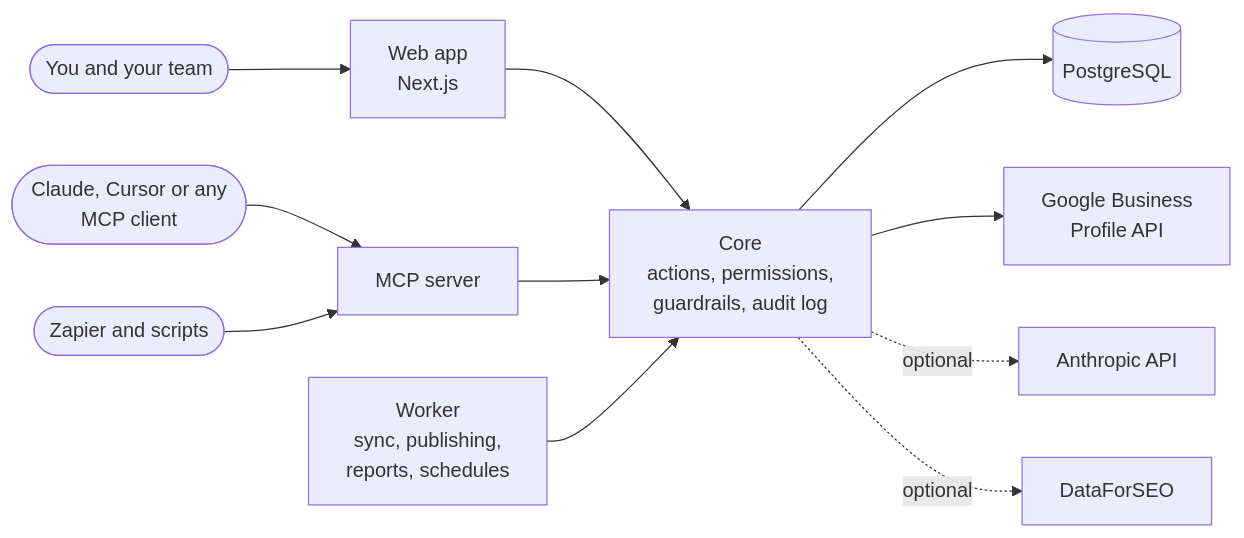
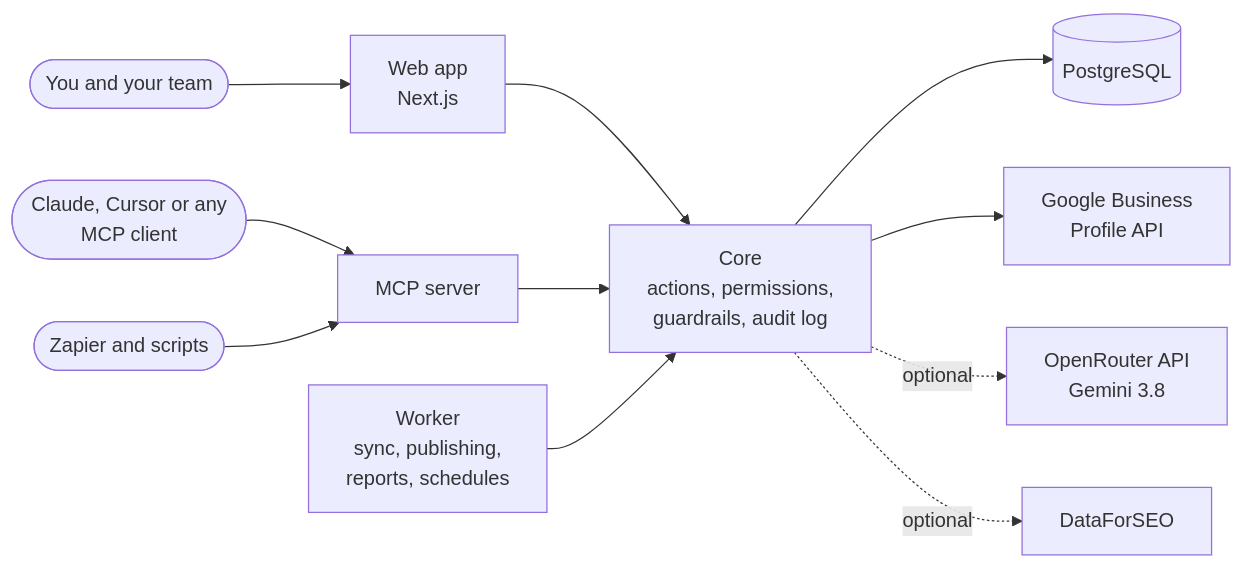
Before and after one commit to G0than/ApexGMB: the diagram in README.md, drawn with Mermaid. The commit also changed other lines of this file and 592 other files, not shown here.

````diff
--- a/README.md
+++ b/README.md
@@ -389,13 +389,13 @@
 ```mermaid
 flowchart LR
   you([You and your team]) --> web[Web app<br/>Next.js]
   agent([Claude, Cursor or any<br/>MCP client]) --> mcp[MCP server]
   zap([Zapier and scripts]) --> mcp
   web --> core[Core<br/>actions, permissions,<br/>guardrails, audit log]
   mcp --> core
   worker[Worker<br/>sync, publishing,<br/>reports, schedules] --> core
   core --> db[(PostgreSQL)]
   core --> google[Google Business<br/>Profile API]
-  core -. optional .-> ai[Anthropic API]
+  core -. optional .-> ai[OpenRouter API<br/>Gemini 3.8]
   core -. optional .-> dfs[DataForSEO]
 ```
````
